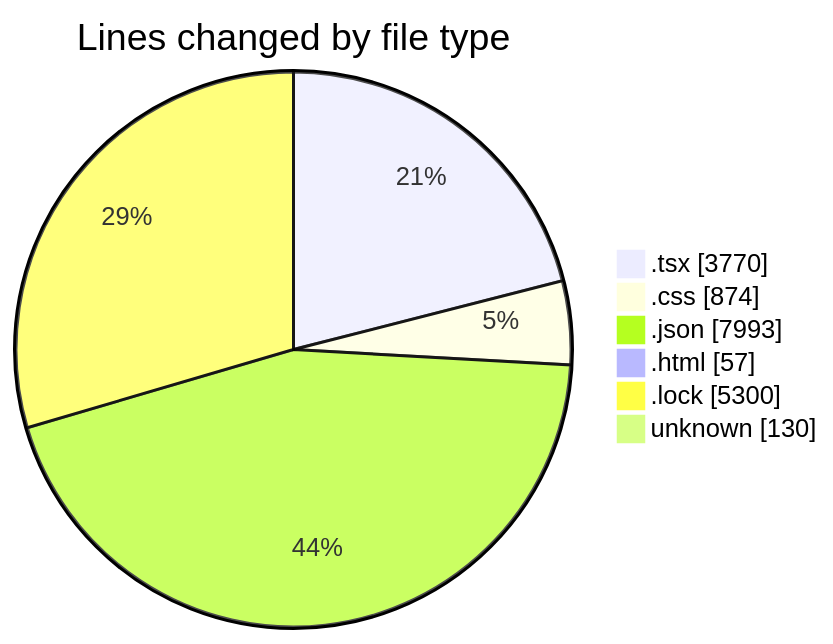
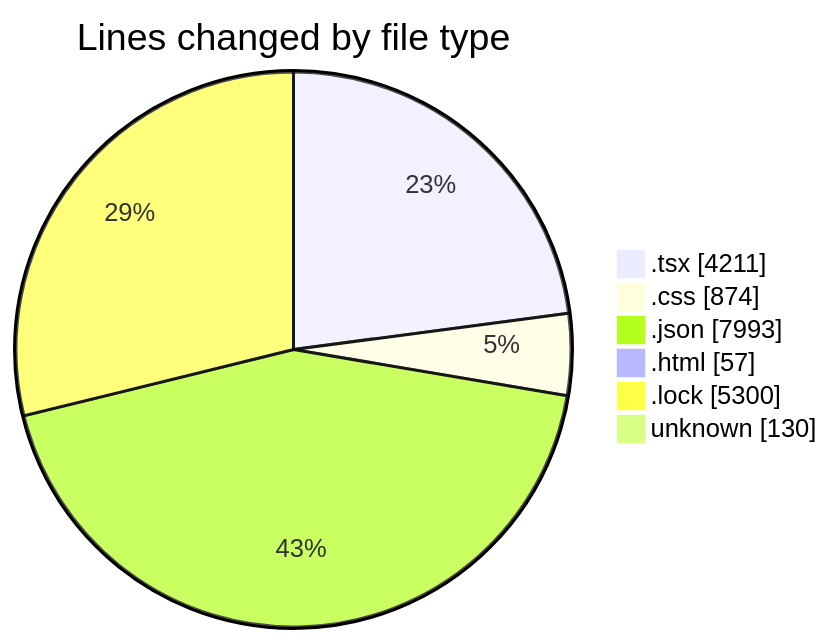
Before and after one commit to EIIisD/code-tracking: the first of 2 diagrams in 2025-08-12/ribbon/README.md, drawn with Mermaid. The commit also changed other lines of this file and 1 other file, not shown here.

````diff
--- a/2025-08-12/ribbon/README.md
+++ b/2025-08-12/ribbon/README.md
@@ -40,10 +40,10 @@
 ```mermaid
 pie showData
 title Lines changed by file type
-".tsx" : 3770
+".tsx" : 4211
 ".css" : 874
 ".json" : 7993
 ".html" : 57
 ".lock" : 5300
 "unknown" : 130
 ```
````
